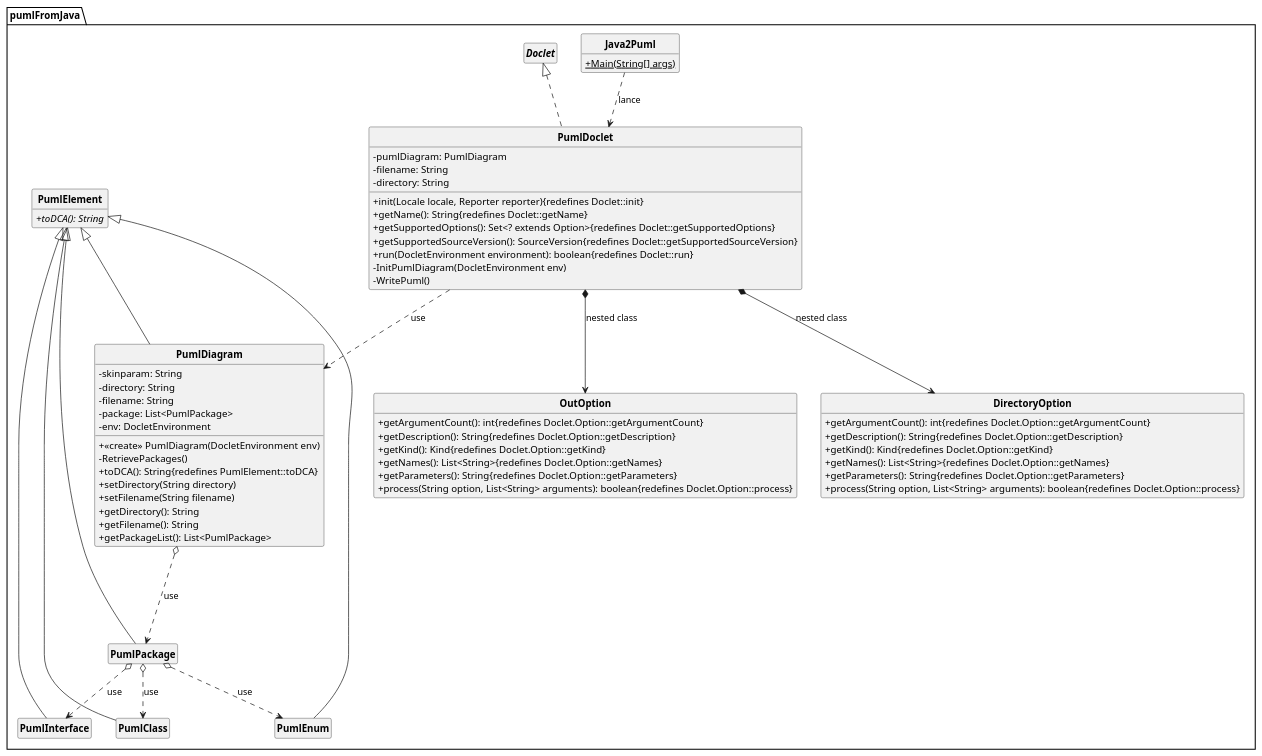
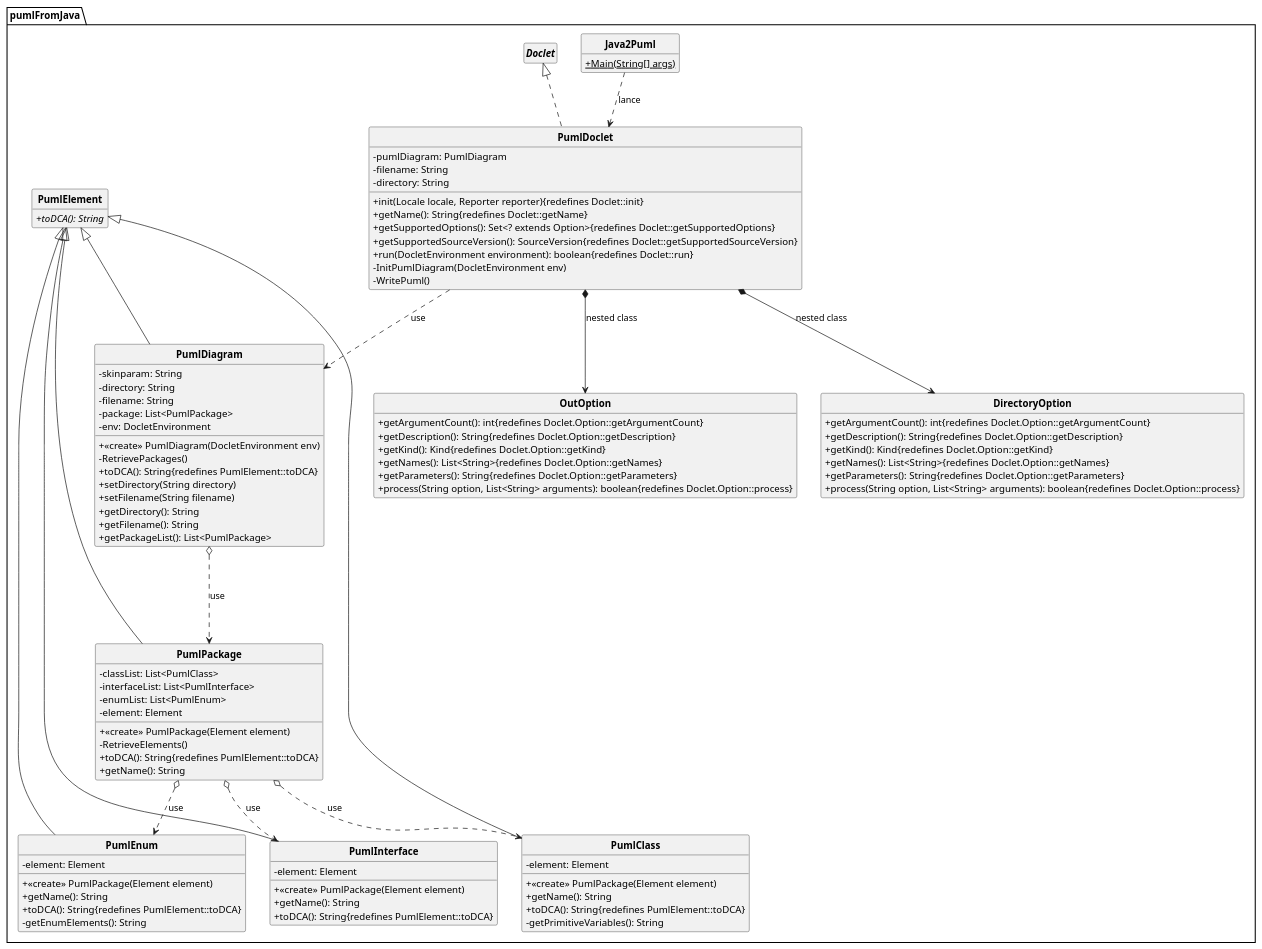
The diagram in uml/DCC API.puml (Lykomonix/API-JAVAtoPUML), drawn with PlantUML before and after one commit.

Commit message:
[*] fin du DCC API

```diff
--- a/uml/DCC API.puml
+++ b/uml/DCC API.puml
@@ -1,98 +1,122 @@
 @startuml
 
 skinparam style strictuml
 skinparam classAttributeIconSize 0
 skinparam classFontStyle Bold
 hide empty members
 
 Package "pumlFromJava" {
 
 class Java2Puml
 {
     + {static} Main(String[] args)
 }
 
 class PumlDoclet implements Doclet
 {
     -pumlDiagram: PumlDiagram
     -filename: String
     -directory: String
     + init(Locale locale, Reporter reporter){redefines Doclet::init}
     + getName(): String{redefines Doclet::getName}
     + getSupportedOptions(): Set<? extends Option>{redefines Doclet::getSupportedOptions}
     + getSupportedSourceVersion(): SourceVersion{redefines Doclet::getSupportedSourceVersion}
     + run(DocletEnvironment environment): boolean{redefines Doclet::run}
     - InitPumlDiagram(DocletEnvironment env)
     - WritePuml()
 }
 
 class OutOption implements Doclet.Option
 {
     + getArgumentCount(): int{redefines Doclet.Option::getArgumentCount}
     + getDescription(): String{redefines Doclet.Option::getDescription}
     + getKind(): Kind{redefines Doclet.Option::getKind}
     + getNames(): List<String>{redefines Doclet.Option::getNames}
     + getParameters(): String{redefines Doclet.Option::getParameters}
     + process(String option, List<String> arguments): boolean{redefines Doclet.Option::process}
 }
 
 class DirectoryOption implements Doclet.Option
 {
     + getArgumentCount(): int{redefines Doclet.Option::getArgumentCount}
     + getDescription(): String{redefines Doclet.Option::getDescription}
     + getKind(): Kind{redefines Doclet.Option::getKind}
     + getNames(): List<String>{redefines Doclet.Option::getNames}
     + getParameters(): String{redefines Doclet.Option::getParameters}
     + process(String option, List<String> arguments): boolean{redefines Doclet.Option::process}
 
 }
 
 class PumlElement
 {
     +toDCA(): String{abstract}
 }
 
 class PumlDiagram extends PumlElement
 {
     - skinparam: String
     - directory: String
     - filename: String
     - package: List<PumlPackage>
     - env: DocletEnvironment
     + <<create>> PumlDiagram(DocletEnvironment env)
     - RetrievePackages()
     + toDCA(): String{redefines PumlElement::toDCA}
     + setDirectory(String directory)
     + setFilename(String filename)
     + getDirectory(): String
     + getFilename(): String
     + getPackageList(): List<PumlPackage>
 }
 
+class PumlPackage extends PumlElement
+{
+    - classList: List<PumlClass>
+    - interfaceList: List<PumlInterface>
+    - enumList: List<PumlEnum>
+    - element: Element
+    + <<create>> PumlPackage(Element element)
+    - RetrieveElements()
+    + toDCA(): String{redefines PumlElement::toDCA}
+    + getName(): String
+}
+
 class PumlClass extends PumlElement
 {
+    - element: Element
+    + <<create>> PumlPackage(Element element)
+    + getName(): String
+    + toDCA(): String{redefines PumlElement::toDCA}
+    - getPrimitiveVariables(): String
 }
 
 class PumlEnum extends PumlElement
 {
+    - element: Element
+    + <<create>> PumlPackage(Element element)
+    + getName(): String
+    + toDCA(): String{redefines PumlElement::toDCA}
+    - getEnumElements(): String
 }
 
 class PumlInterface extends PumlElement
 {
+    - element: Element
+    + <<create>> PumlPackage(Element element)
+    + getName(): String
+    + toDCA(): String{redefines PumlElement::toDCA}
 }
 
-class PumlPackage extends PumlElement
-{
-}
+
 
 PumlDoclet ..> PumlDiagram : use
 Java2Puml ..> PumlDoclet : lance
 PumlDiagram o...> PumlPackage : use
 PumlPackage o..> PumlClass : use
 PumlPackage o..> PumlInterface : use
 PumlPackage o..> PumlEnum : use
 PumlDoclet *--> OutOption : nested class
 PumlDoclet *--> DirectoryOption : nested class
 }
 
 @enduml
```
